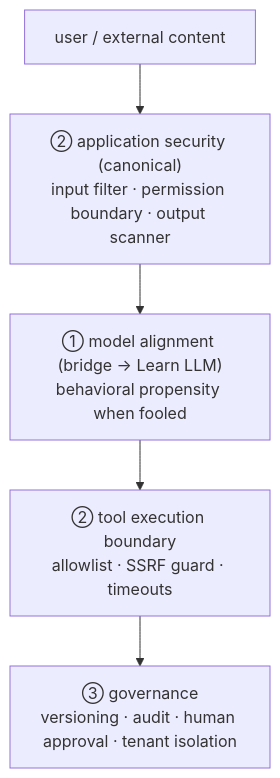
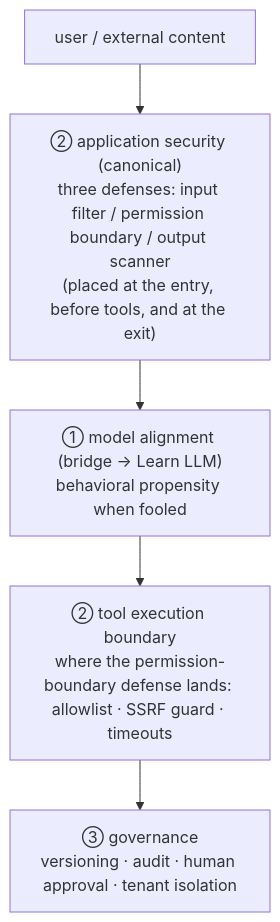
Before and after one commit to zenHeart/learn-ai: the diagram in docs/tech/08-production/security.md, drawn with Mermaid. The commit also changed other lines of this file and 67 other files, not shown here.

````diff
--- a/docs/tech/08-production/security.md
+++ b/docs/tech/08-production/security.md
@@ -32,7 +32,7 @@
 ```mermaid
 flowchart TB
-    U["user / external content"] --> G1["② application security (canonical)<br/>input filter · permission boundary · output scanner"]
+    U["user / external content"] --> G1["② application security (canonical)<br/>three defenses: input filter / permission boundary / output scanner<br/>(placed at the entry, before tools, and at the exit)"]
     G1 --> M["① model alignment (bridge → Learn LLM)<br/>behavioral propensity when fooled"]
-    M --> G2["② tool execution boundary<br/>allowlist · SSRF guard · timeouts"]
+    M --> G2["② tool execution boundary<br/>where the permission-boundary defense lands: allowlist · SSRF guard · timeouts"]
     G2 --> G3["③ governance<br/>versioning · audit · human approval · tenant isolation"]
 ```
````
